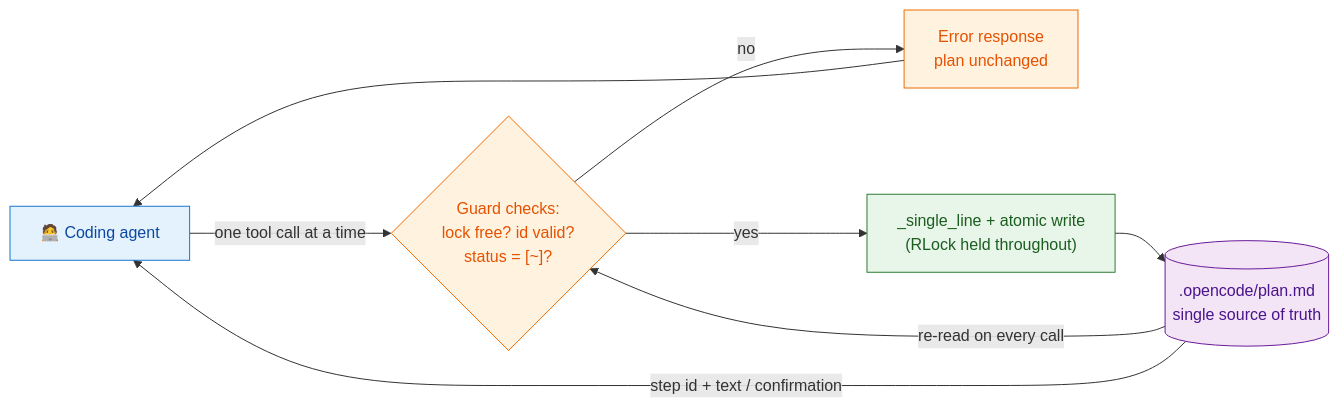
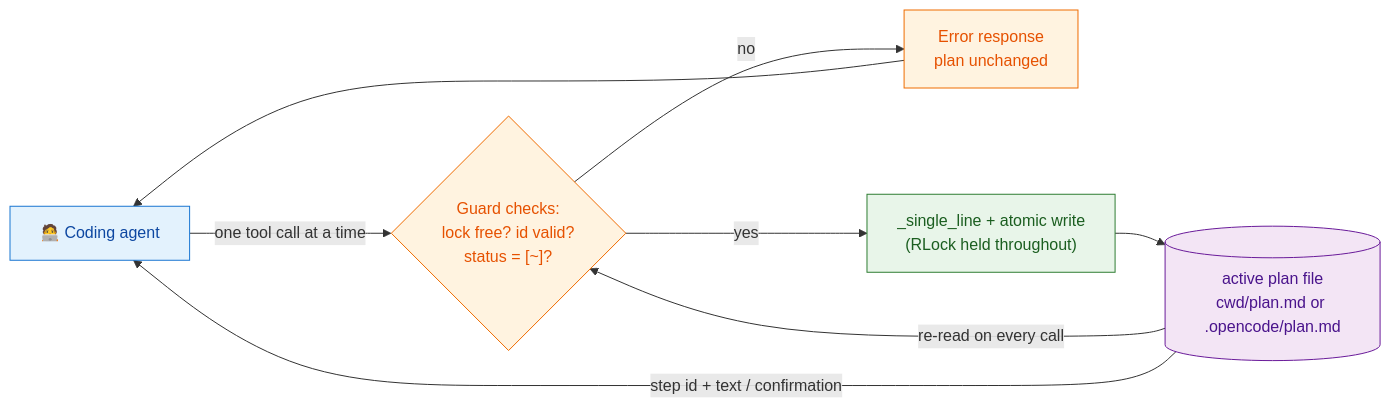
One commit to mahirfatih/planlock-mcp changed the second of 3 diagrams in README.md. Above: the diagram before and after it, drawn with Mermaid. The commit also changed other lines of this file and 12 other files, not shown here.

````diff
--- a/README.md
+++ b/README.md
@@ -88,16 +97,16 @@
 ```mermaid
 flowchart LR
     classDef client fill:#e3f2fd,stroke:#1976d2,color:#0d47a1
     classDef decision fill:#fff3e0,stroke:#ef6c00,color:#e65100
     classDef action fill:#e8f5e9,stroke:#2e7d32,color:#1b5e20
     classDef disk fill:#f3e5f5,stroke:#6a1b9a,color:#4a148c
 
     Agent["🧑‍💻 Coding agent"]:::client
     Agent -->|"one tool call at a time"| Guard{"Guard checks:<br/>lock free? id valid?<br/>status = [~]?"}:::decision
     Guard -->|"no"| Reject["Error response<br/>plan unchanged"]:::decision
     Guard -->|"yes"| Write["_single_line + atomic write<br/>(RLock held throughout)"]:::action
-    Write --> Plan[(".opencode/plan.md<br/>single source of truth")]:::disk
+    Write --> Plan[("active plan file<br/>cwd/plan.md or .opencode/plan.md")]:::disk
     Plan -->|"re-read on every call"| Guard
     Plan -->|"step id + text / confirmation"| Agent
     Reject --> Agent
 ```
````
